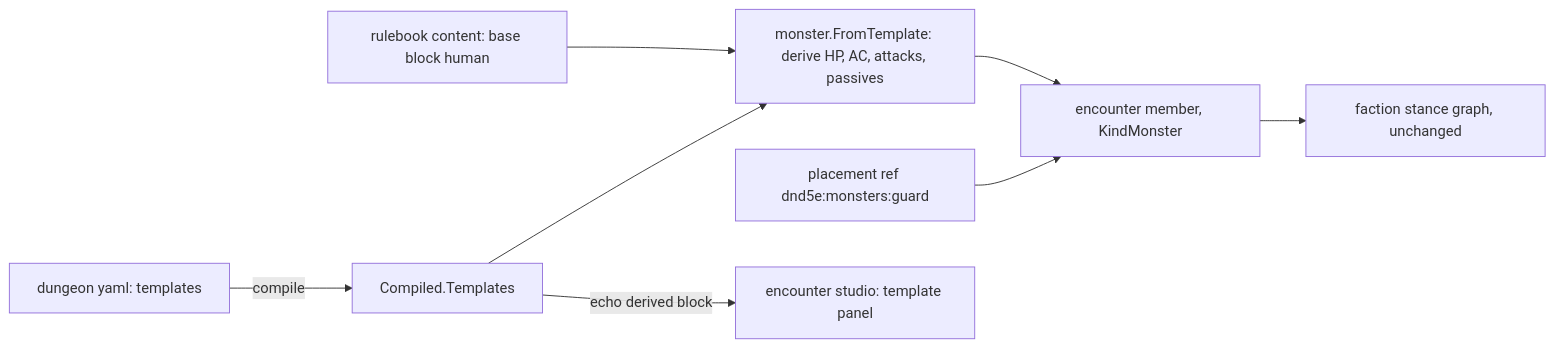
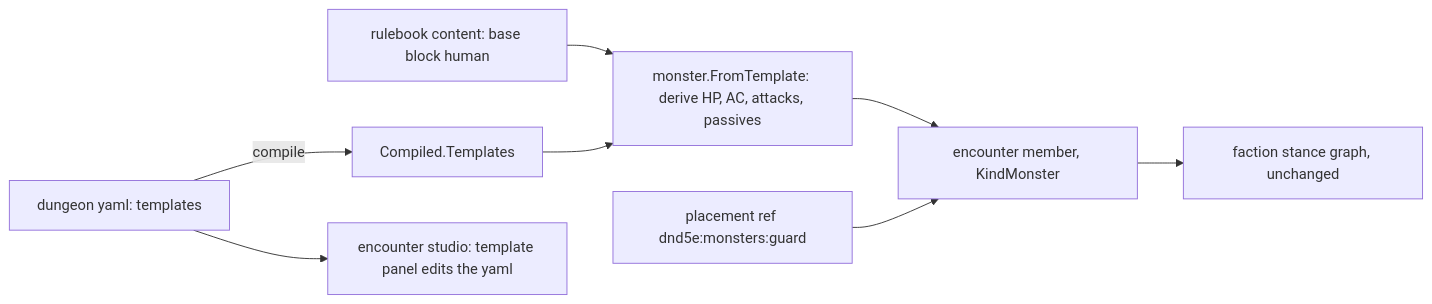
Before and after one commit to KirkDiggler/rpg-project: the diagram in ideas/stat-block/design.md, drawn with Mermaid. The commit also changed other lines of this file and 2 other files, not shown here.

First line of the commit message:
design: stat blocks — R7 retires the authoring echo; a block authors like a table (#555)

````diff
--- a/ideas/stat-block/design.md
+++ b/ideas/stat-block/design.md
@@ -10,10 +10,10 @@
 ```mermaid
 flowchart LR
     Base[rulebook content: base block human] --> Assemble
     Yaml[dungeon yaml: templates] -->|compile| Compiled[Compiled.Templates]
     Compiled --> Assemble[monster.FromTemplate: derive HP, AC, attacks, passives]
     Assemble --> Member[encounter member, KindMonster]
     Place[placement ref dnd5e:monsters:guard] --> Member
     Member --> Stance[faction stance graph, unchanged]
-    Compiled -->|echo derived block| Studio[encounter studio: template panel]
+    Yaml --> Studio[encounter studio: template panel edits the yaml]
 ```
````
